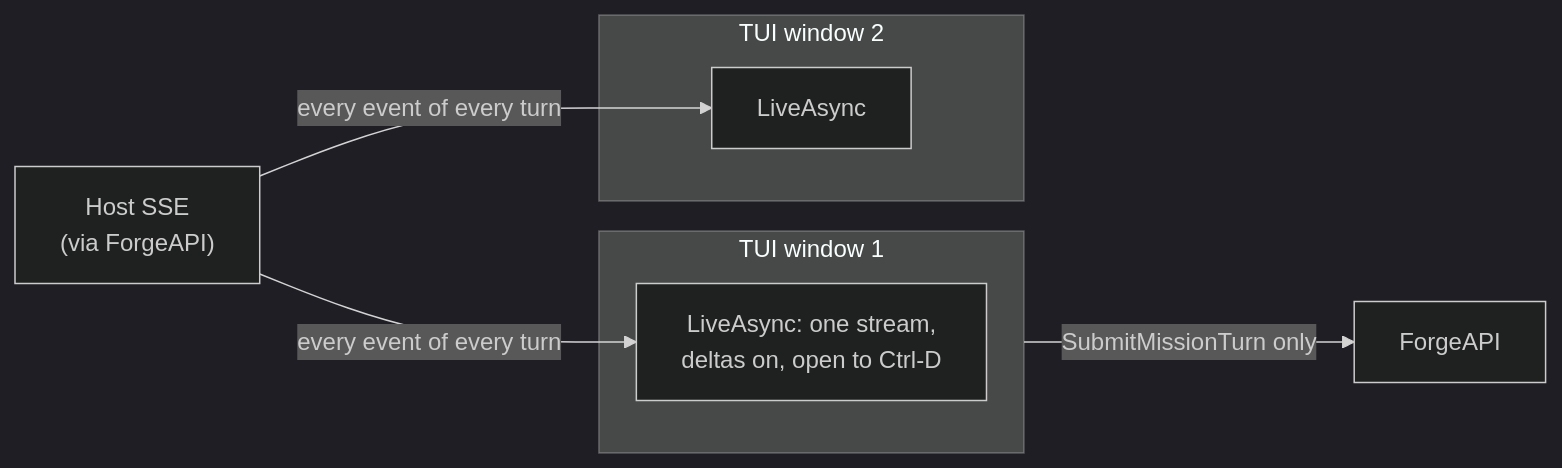
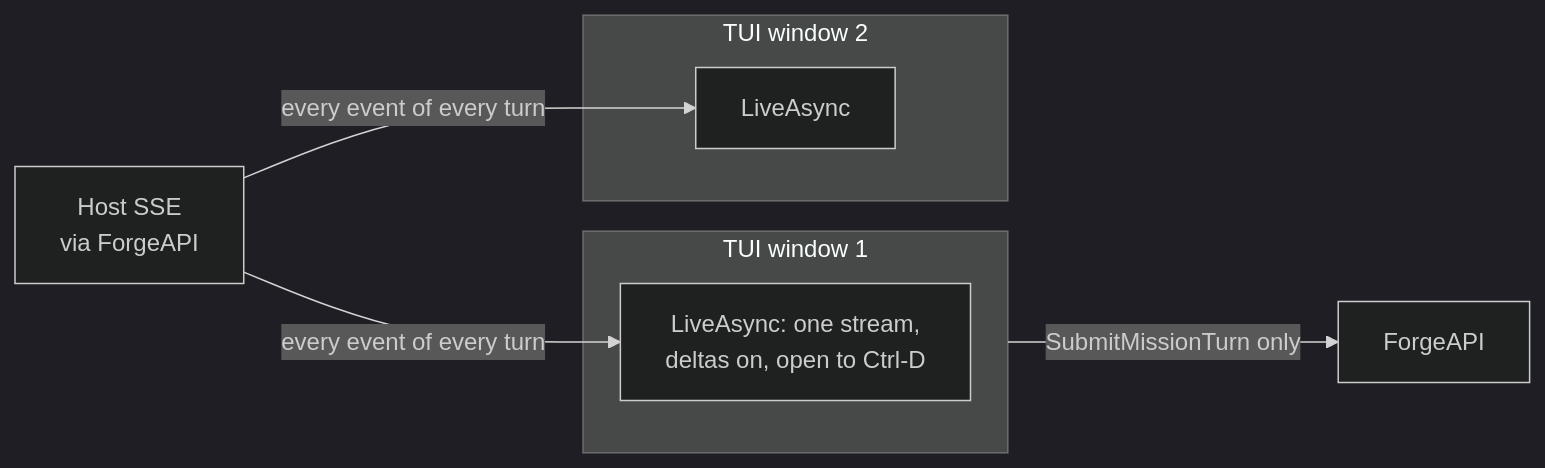
One commit to katasec/mission-control-language changed the ninth of 23 diagrams in docs/design/how-conversations-work.md. Above: the diagram before and after it, drawn with Mermaid (dark theme). The commit also changed other lines of this file and 2 other files, not shown here.

````diff
--- a/docs/design/how-conversations-work.md
+++ b/docs/design/how-conversations-work.md
@@ -275,12 +301,12 @@
 ```mermaid
 flowchart LR
   subgraph W1["TUI window 1"]
     L1["LiveAsync: one stream,<br/>deltas on, open to Ctrl-D"]
   end
   subgraph W2["TUI window 2"]
     L2["LiveAsync"]
   end
-  H["Host SSE<br/>(via ForgeAPI)"] -->|"every event of every turn"| L1
+  H["Host SSE<br/>via ForgeAPI"] -->|"every event of every turn"| L1
   H -->|"every event of every turn"| L2
   W1 -->|"SubmitMissionTurn only"| API["ForgeAPI"]
 ```
````
